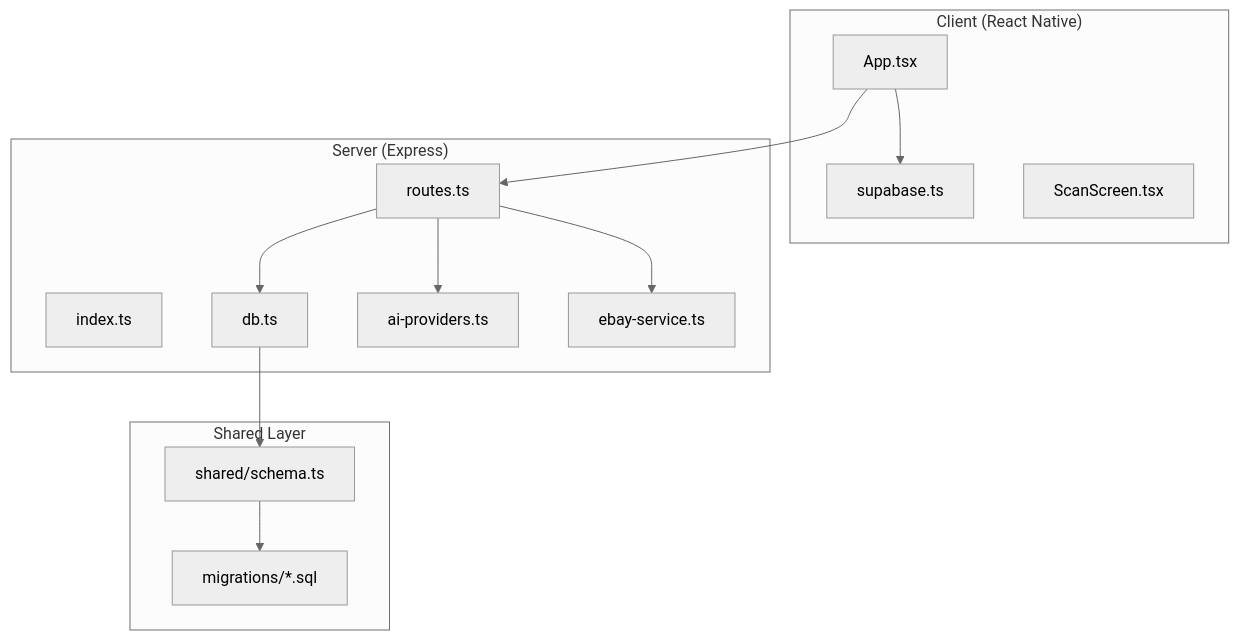
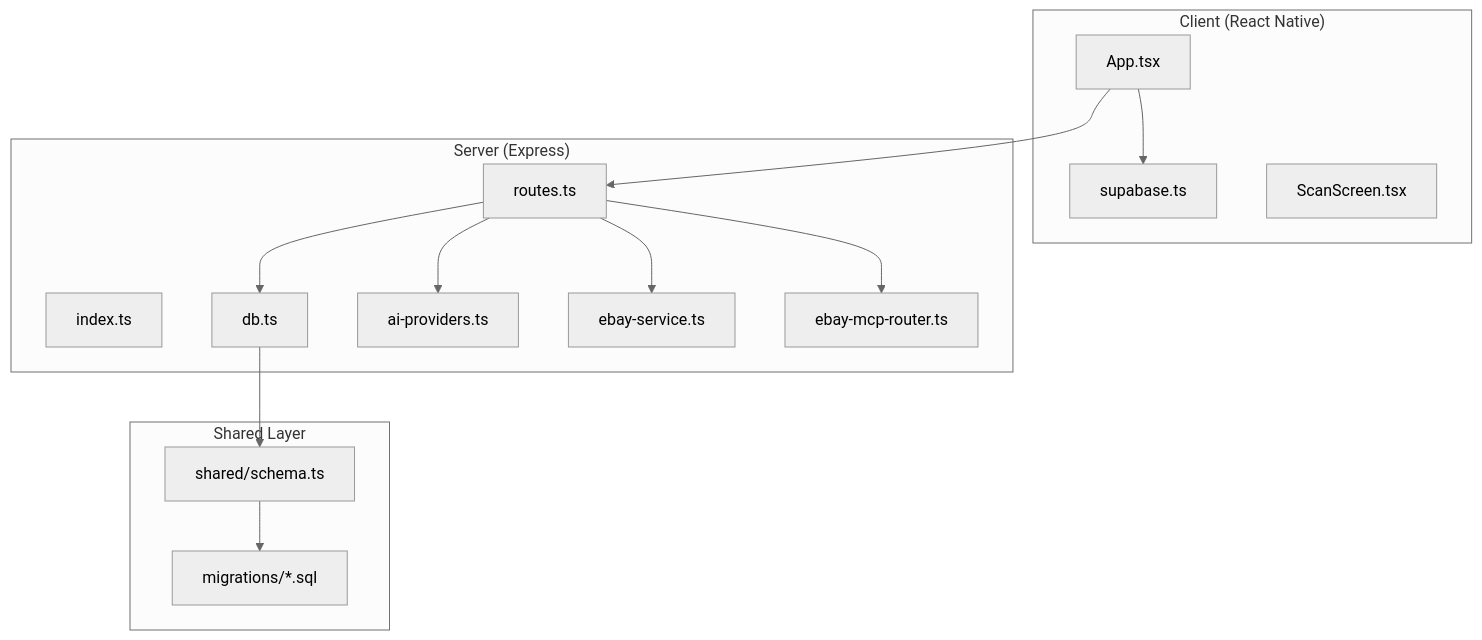
The first of 8 diagrams in .qoder/repowiki/en/content/Architecture Overview/TRS Integration Plan.md (hunglevi87/Hidden-Gem), drawn with Mermaid (neutral theme) before and after one commit. The commit also changed other lines of this file and 14 other files, not shown here.

First line of the commit message:
feat(ai-integration): add OpenFang provider and eBay MCP marketplace automation

````diff
--- a/.qoder/repowiki/en/content/Architecture Overview/TRS Integration Plan.md
+++ b/.qoder/repowiki/en/content/Architecture Overview/TRS Integration Plan.md
@@ -54,26 +55,28 @@
 ```mermaid
 graph TB
 subgraph "Client (React Native)"
 App["App.tsx"]
 SupabaseClient["supabase.ts"]
 Scan["ScanScreen.tsx"]
 end
 subgraph "Server (Express)"
 Index["index.ts"]
 Routes["routes.ts"]
 DB["db.ts"]
 AI["ai-providers.ts"]
 eBay["ebay-service.ts"]
+eBayMCP["ebay-mcp-router.ts"]
 end
 subgraph "Shared Layer"
 Schema["shared/schema.ts"]
 Migrations["migrations/*.sql"]
 end
 App --> SupabaseClient
 App --> Routes
 Routes --> DB
 Routes --> AI
 Routes --> eBay
+Routes --> eBayMCP
 DB --> Schema
 Schema --> Migrations
 ```
````
